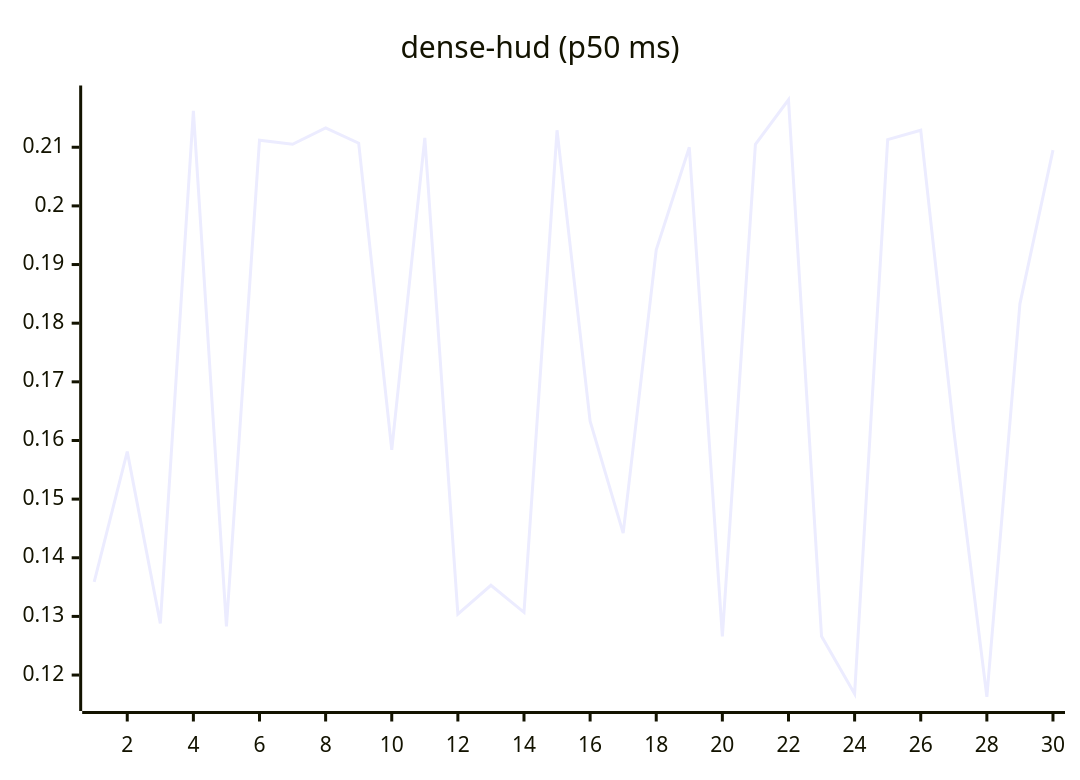
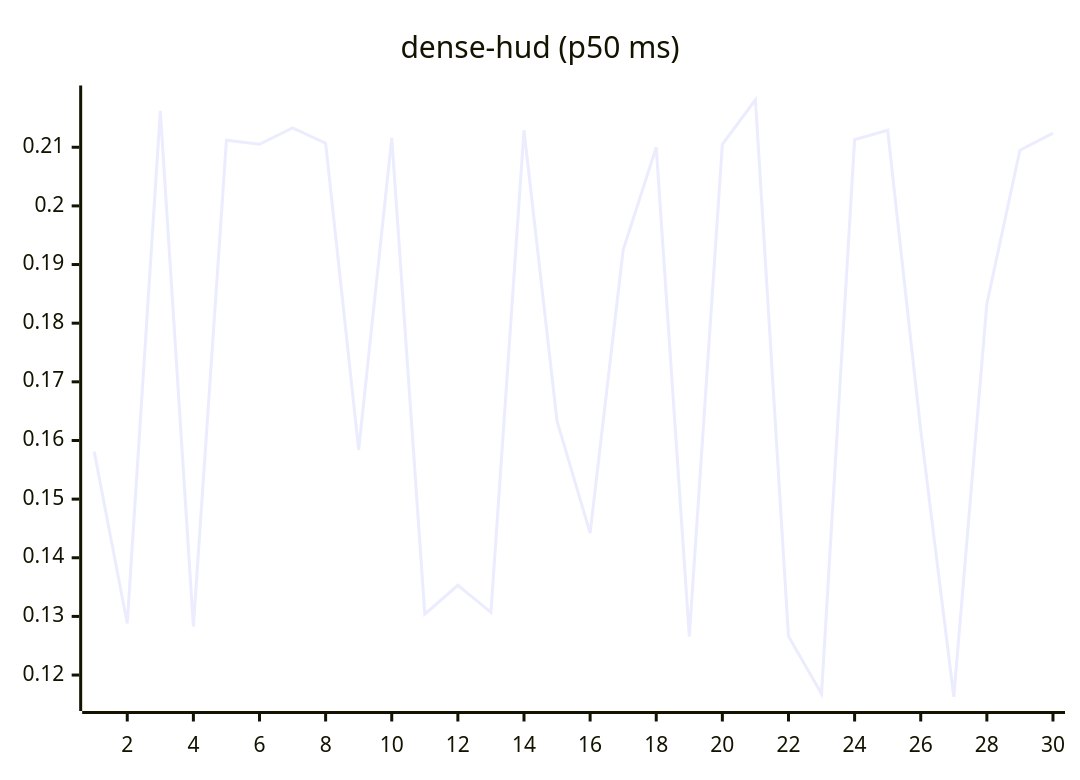
Before and after one commit to josha/Facet: the eighth of 27 diagrams in README.md, drawn with Mermaid. The commit also changed other lines of this file and 2 other files, not shown here.

````diff
--- a/README.md
+++ b/README.md
@@ -112,6 +112,6 @@
 ```mermaid
 xychart-beta
     title "dense-hud (p50 ms)"
     x-axis 1 --> 30
-    line [0.1359, 0.1581, 0.1288, 0.2162, 0.1283, 0.2112, 0.2105, 0.2133, 0.2107, 0.1584, 0.2116, 0.1304, 0.1353, 0.1307, 0.2129, 0.1633, 0.1442, 0.1925, 0.2100, 0.1266, 0.2105, 0.2181, 0.1266, 0.1168, 0.2113, 0.2129, 0.1617, 0.1163, 0.1833, 0.2095]
+    line [0.1581, 0.1288, 0.2162, 0.1283, 0.2112, 0.2105, 0.2133, 0.2107, 0.1584, 0.2116, 0.1304, 0.1353, 0.1307, 0.2129, 0.1633, 0.1442, 0.1925, 0.2100, 0.1266, 0.2105, 0.2181, 0.1266, 0.1168, 0.2113, 0.2129, 0.1617, 0.1163, 0.1833, 0.2095, 0.2124]
 ```
````
